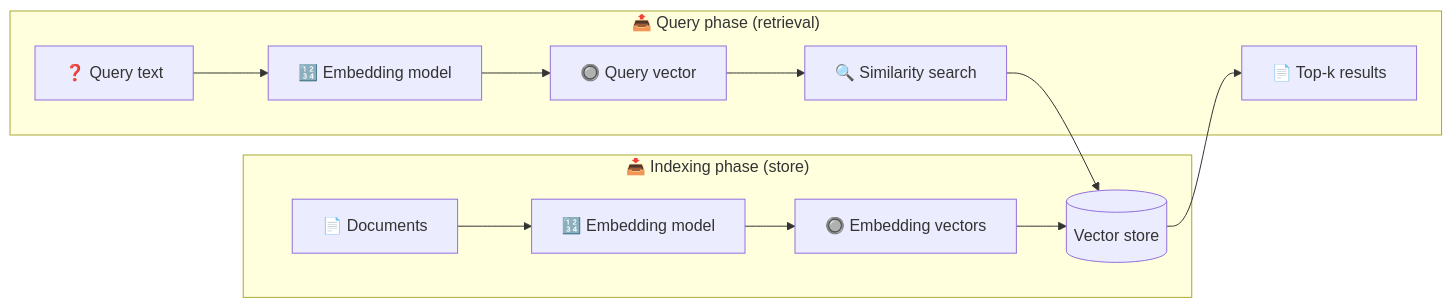
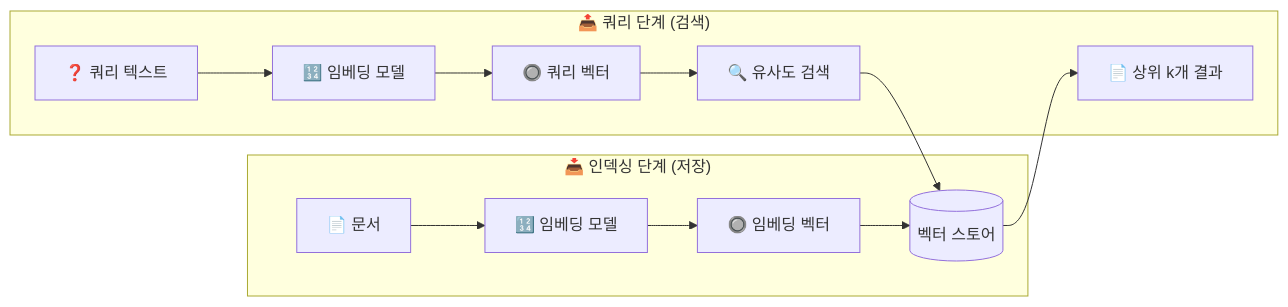
One commit to jeongsk/langchain-docs changed the diagram in src-ko/oss/python/integrations/vectorstores/index.mdx. Above: the diagram before and after it, drawn with Mermaid. The commit also changed other lines of this file and 11 other files, not shown here.

````diff
--- a/src-ko/oss/python/integrations/vectorstores/index.mdx
+++ b/src-ko/oss/python/integrations/vectorstores/index.mdx
@@ -9,17 +9,17 @@
 ```mermaid
 flowchart LR
 
-    subgraph "📥 Indexing phase (store)"
-        A[📄 Documents] --> B[🔢 Embedding model]
-        B --> C[🔘 Embedding vectors]
-        C --> D[(Vector store)]
+    subgraph "📥 인덱싱 단계 (저장)"
+        A[📄 문서] --> B[🔢 임베딩 모델]
+        B --> C[🔘 임베딩 벡터]
+        C --> D[(벡터 스토어)]
     end
 
-    subgraph "📤 Query phase (retrieval)"
-        E[❓ Query text] --> F[🔢 Embedding model]
-        F --> G[🔘 Query vector]
-        G --> H[🔍 Similarity search]
+    subgraph "📤 쿼리 단계 (검색)"
+        E[❓ 쿼리 텍스트] --> F[🔢 임베딩 모델]
+        F --> G[🔘 쿼리 벡터]
+        G --> H[🔍 유사도 검색]
         H --> D
-        D --> I[📄 Top-k results]
+        D --> I[📄 상위 k개 결과]
     end
 ```
````
